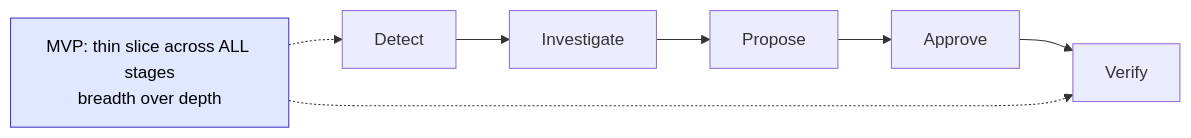
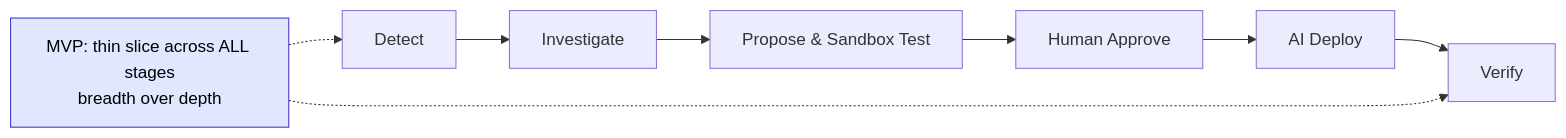
Before and after one commit to DiwasDev/AI-SRE: diagram 14 of 17 in artifacts/product_requirement.md, drawn with Mermaid. The commit also changed other lines of this file and 1 other file, not shown here.

Commit message:
Update approval flow to single-gate and support multi-provider LLM fallback

````diff
--- a/artifacts/product_requirement.md
+++ b/artifacts/product_requirement.md
@@ -372,7 +367,7 @@
 ```mermaid
 flowchart LR
-    D["Detect"] --> I["Investigate"] --> P["Propose"] --> A["Approve"] --> V["Verify"]
+    D["Detect"] --> I["Investigate"] --> P["Propose & Sandbox Test"] --> A["Human Approve"] --> DP["AI Deploy"] --> V["Verify"]
     note["MVP: thin slice across ALL stages<br/>breadth over depth"] -.-> D
     note -.-> V
     style note fill:#e0e7ff,stroke:#4338ca,color:#000
 ```
````
